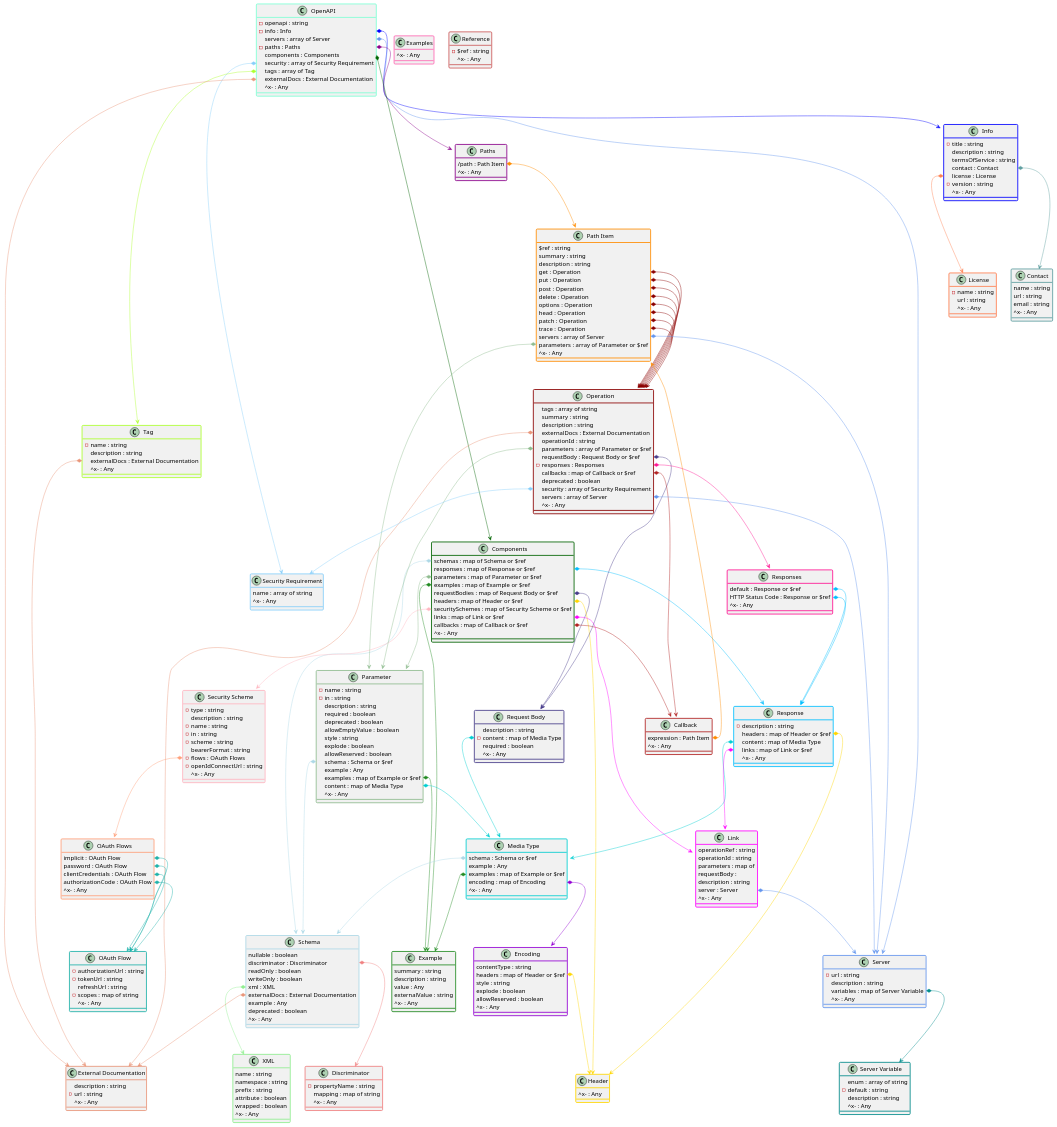
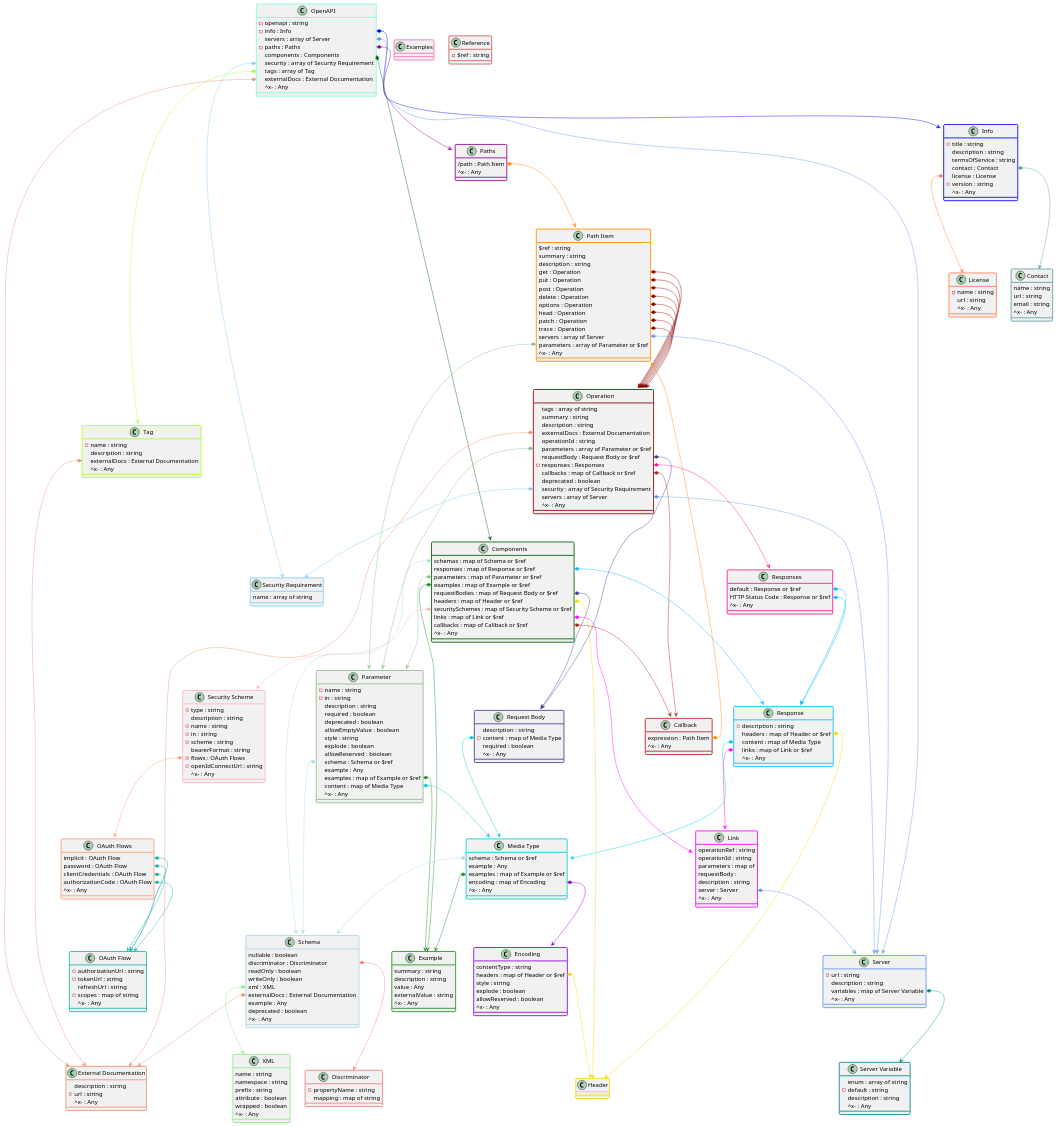
Before and after one commit to arno-di-loreto/api-specifications-documentation-as-data: the diagram in specifications-data/3.0.0.puml, drawn with PlantUML. The commit also changed 37 other files, not shown here.

```diff
--- a/specifications-data/3.0.0.puml
+++ b/specifications-data/3.0.0.puml
@@ -236,7 +236,6 @@
 "Link::server"*-->"Server" #CornflowerBlue
 
 class "Header" #line:Gold;line.bold {
-  ^x- : Any
 }
 
 class "Tag" #line:GreenYellow;line.bold {
@@ -248,12 +247,10 @@
 "Tag::externalDocs"*-->"External Documentation" #DarkSalmon
 
 class "Examples" #line:HotPink;line.bold {
-  ^x- : Any
 }
 
 class "Reference" #line:IndianRed;line.bold {
   -$ref : string
-  ^x- : Any
 }
 
 class "Schema" #line:LightBlue;line.bold {
@@ -274,7 +271,6 @@
 class "Discriminator" #line:LightCoral;line.bold {
   -propertyName : string
   mapping : map of string
-  ^x- : Any
 }
 
 class "XML" #line:LightGreen;line.bold {
@@ -321,7 +317,6 @@
 
 class "Security Requirement" #line:LightSkyBlue;line.bold {
   name : array of string
-  ^x- : Any
 }
 
 @enduml
```
